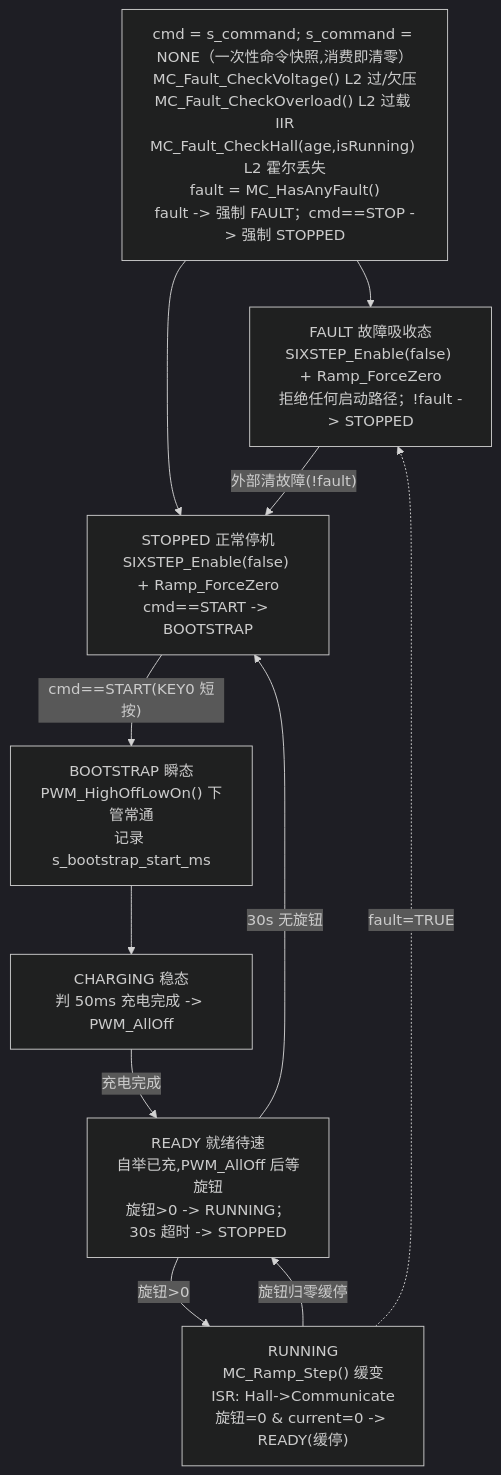
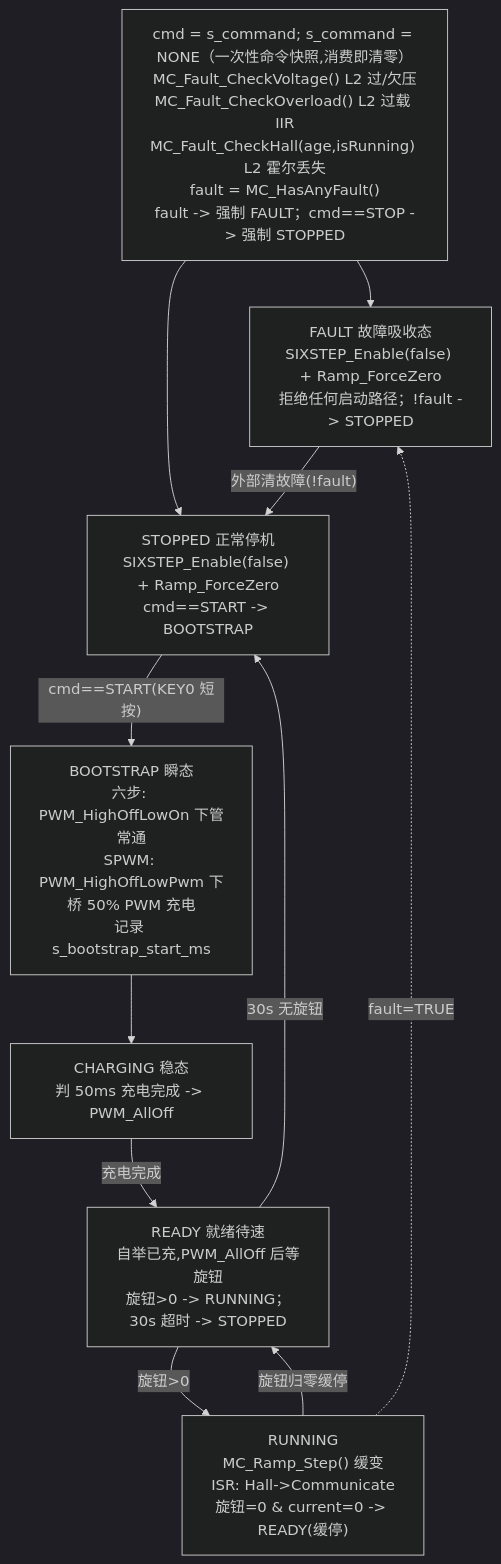
Before and after one commit to gaolang-oops/Hello_MCC.X: the second of 3 diagrams in Architecture.md, drawn with Mermaid (dark theme). The commit also changed other lines of this file and 5 other files, not shown here.

First line of the commit message:
新增PWM_HighOffLowPwm：SPWM自举电容下桥PWM充电(HOFF_LPWM)

````diff
--- a/Architecture.md
+++ b/Architecture.md
@@ -154,22 +154,22 @@
 ```mermaid
 flowchart TD
     Entry["cmd = s_command; s_command = NONE（一次性命令快照,消费即清零）<br/>MC_Fault_CheckVoltage() L2 过/欠压<br/>MC_Fault_CheckOverload() L2 过载 IIR<br/>MC_Fault_CheckHall(age,isRunning) L2 霍尔丢失<br/>fault = MC_HasAnyFault()<br/>fault -> 强制 FAULT；cmd==STOP -> 强制 STOPPED"]
 
     FAULT["FAULT 故障吸收态<br/>SIXSTEP_Enable(false) + Ramp_ForceZero<br/>拒绝任何启动路径；!fault -> STOPPED"]
     STOP["STOPPED 正常停机<br/>SIXSTEP_Enable(false) + Ramp_ForceZero<br/>cmd==START -> BOOTSTRAP"]
-    BOOT["BOOTSTRAP 瞬态<br/>PWM_HighOffLowOn() 下管常通<br/>记录 s_bootstrap_start_ms"]
+    BOOT["BOOTSTRAP 瞬态<br/>六步: PWM_HighOffLowOn 下管常通<br/>SPWM: PWM_HighOffLowPwm 下桥 50% PWM 充电<br/>记录 s_bootstrap_start_ms"]
     CHG["CHARGING 稳态<br/>判 50ms 充电完成 -> PWM_AllOff"]
     READY["READY 就绪待速<br/>自举已充,PWM_AllOff 后等旋钮<br/>旋钮>0 -> RUNNING；30s 超时 -> STOPPED"]
     RUN["RUNNING<br/>MC_Ramp_Step() 缓变<br/>ISR: Hall->Communicate<br/>旋钮=0 & current=0 -> READY(缓停)"]
 
     Entry --> FAULT
     Entry --> STOP
     FAULT -- "外部清故障(!fault)" --> STOP
     STOP -- "cmd==START(KEY0 短按)" --> BOOT
     BOOT --> CHG
     CHG -- "充电完成" --> READY
     READY -- "旋钮>0" --> RUN
     READY -- "30s 无旋钮" --> STOP
     RUN -- "旋钮归零缓停" --> READY
     RUN -. "fault=TRUE" .-> FAULT
 ```
````
